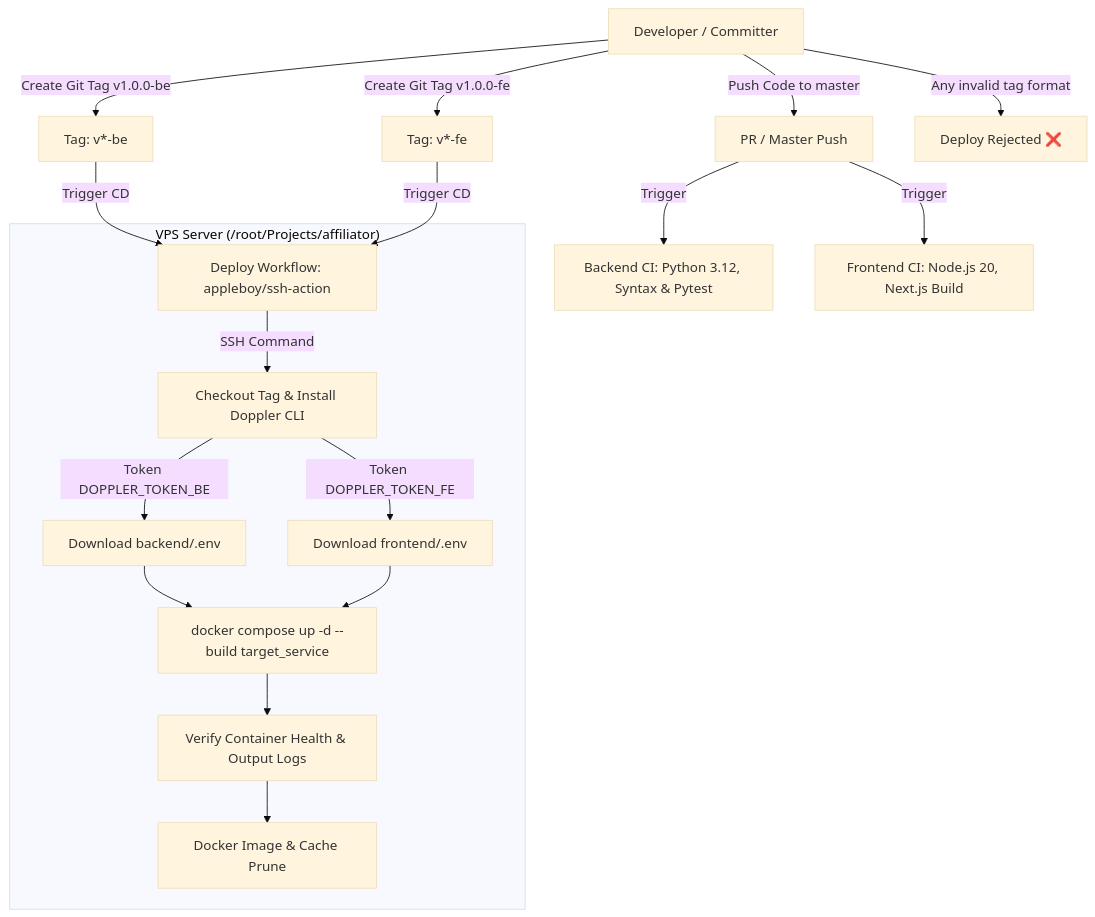
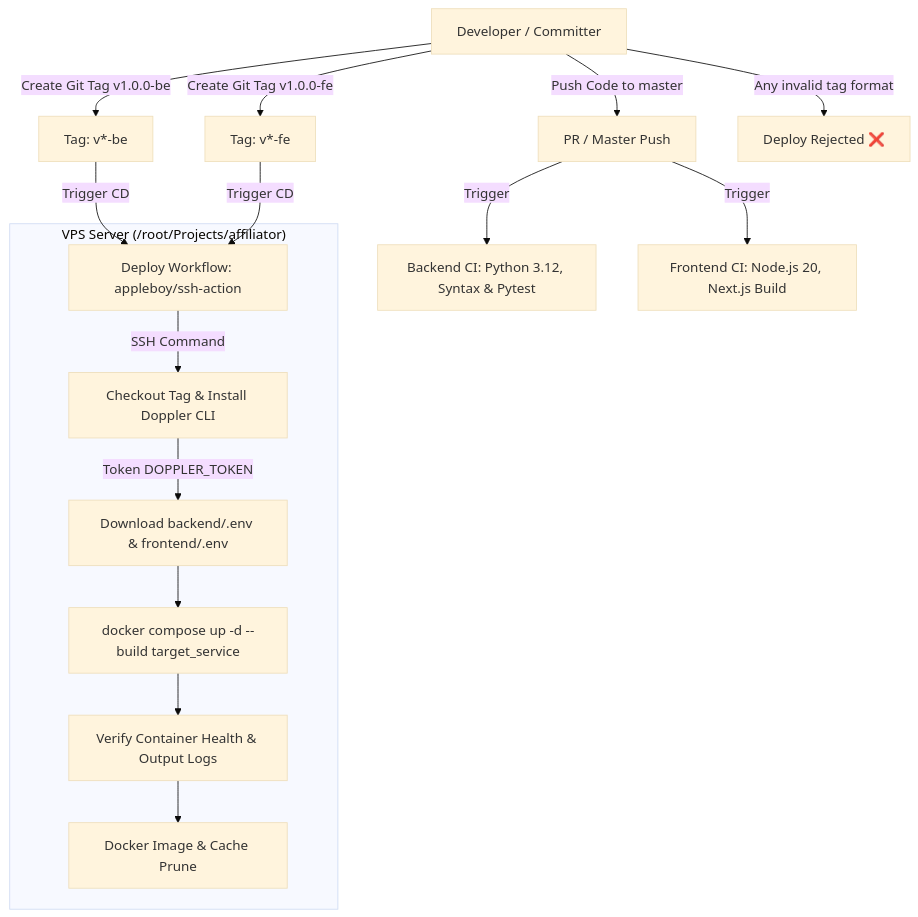
The fifth of 5 diagrams in ARCHITECTURE.md (tirenn/affiliate), drawn with Mermaid (base theme) before and after one commit. The commit also changed other lines of this file and 9 other files, not shown here.

Commit message:
feat: implement frontend API client and containerize full-stack application with Docker support

````diff
--- a/ARCHITECTURE.md
+++ b/ARCHITECTURE.md
@@ -315,23 +320,21 @@
 ```mermaid
 flowchart TD
     DEV[Developer / Committer] -->|Push Code to master| PR[PR / Master Push]
     PR -->|Trigger| CI_BE[Backend CI: Python 3.12, Syntax & Pytest]
     PR -->|Trigger| CI_FE[Frontend CI: Node.js 20, Next.js Build]
 
     DEV -->|Create Git Tag v1.0.0-be| TAG_BE[Tag: v*-be]
     DEV -->|Create Git Tag v1.0.0-fe| TAG_FE[Tag: v*-fe]
     DEV -->|Any invalid tag format| TAG_REJECT[Deploy Rejected ❌]
 
     TAG_BE -->|Trigger CD| DEPLOY[Deploy Workflow: appleboy/ssh-action]
     TAG_FE -->|Trigger CD| DEPLOY
 
     subgraph "VPS Server (/root/Projects/affiliator)"
         DEPLOY -->|SSH Command| SSH[Checkout Tag & Install Doppler CLI]
-        SSH -->|Token DOPPLER_TOKEN_BE| DOP_BE[Download backend/.env]
-        SSH -->|Token DOPPLER_TOKEN_FE| DOP_FE[Download frontend/.env]
-        DOP_BE --> DOCKER_BUILD[docker compose up -d --build target_service]
-        DOP_FE --> DOCKER_BUILD
+        SSH -->|Token DOPPLER_TOKEN| DOP[Download backend/.env & frontend/.env]
+        DOP --> DOCKER_BUILD[docker compose up -d --build target_service]
         DOCKER_BUILD --> HEALTH[Verify Container Health & Output Logs]
         HEALTH --> PRUNE[Docker Image & Cache Prune]
     end
 ```
````
